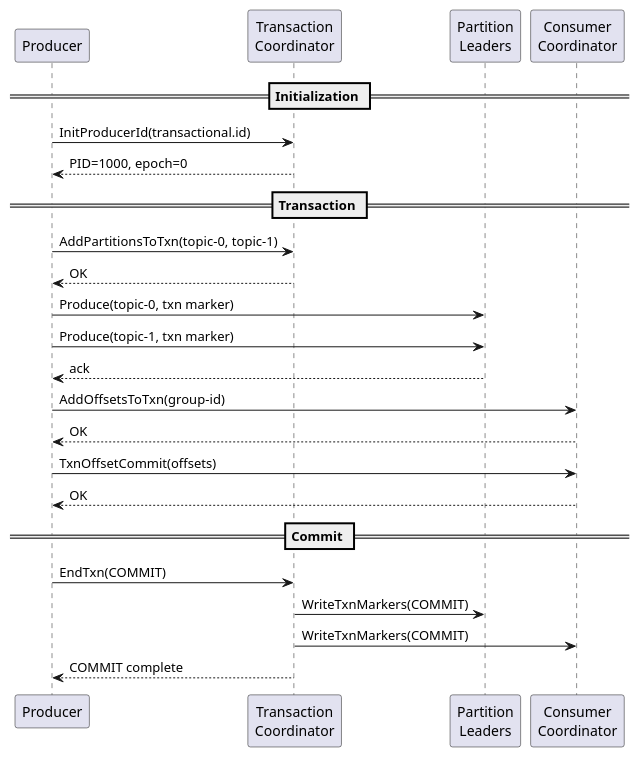
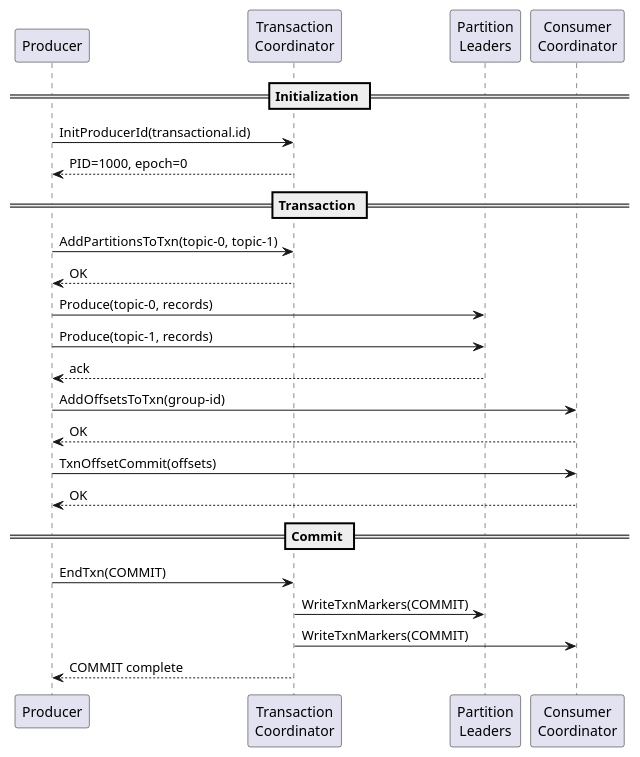
One commit to axonops/documentation changed the fifth of 14 diagrams in docs/data-platforms/kafka/concepts/delivery-semantics/exactly-once.md. Above: the diagram before and after it, drawn with PlantUML. The commit also changed other lines of this file and 13 other files, not shown here.

````diff
--- a/docs/data-platforms/kafka/concepts/delivery-semantics/exactly-once.md
+++ b/docs/data-platforms/kafka/concepts/delivery-semantics/exactly-once.md
@@ -219,36 +219,36 @@
 ```plantuml
 @startuml
 
 skinparam backgroundColor transparent
 
 participant "Producer" as P
 participant "Transaction\nCoordinator" as TC
 participant "Partition\nLeaders" as PL
 participant "Consumer\nCoordinator" as CC
 
 == Initialization ==
 P -> TC : InitProducerId(transactional.id)
 TC --> P : PID=1000, epoch=0
 
 == Transaction ==
 P -> TC : AddPartitionsToTxn(topic-0, topic-1)
 TC --> P : OK
 
-P -> PL : Produce(topic-0, txn marker)
-P -> PL : Produce(topic-1, txn marker)
+P -> PL : Produce(topic-0, records)
+P -> PL : Produce(topic-1, records)
 PL --> P : ack
 
 P -> CC : AddOffsetsToTxn(group-id)
 CC --> P : OK
 
 P -> CC : TxnOffsetCommit(offsets)
 CC --> P : OK
 
 == Commit ==
 P -> TC : EndTxn(COMMIT)
 TC -> PL : WriteTxnMarkers(COMMIT)
 TC -> CC : WriteTxnMarkers(COMMIT)
 TC --> P : COMMIT complete
 
 @enduml
 ```
````
